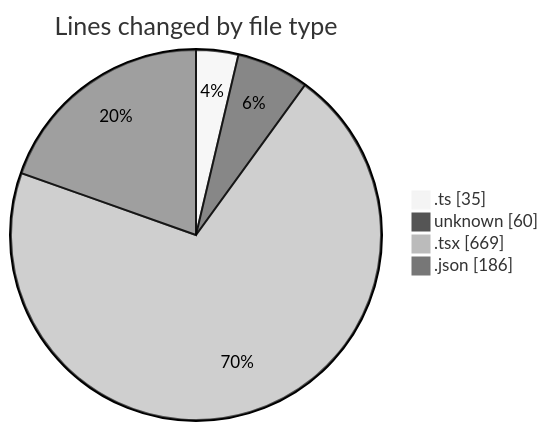
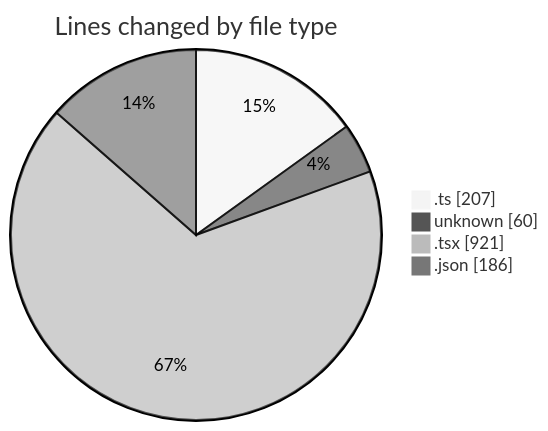
One commit to momahboobian/code-tracking changed the first of 2 diagrams in 2026-06-12/cda/README.md. Above: the diagram before and after it, drawn with Mermaid (neutral theme). The commit also changed other lines of this file and 1 other file, not shown here.

````diff
--- a/2026-06-12/cda/README.md
+++ b/2026-06-12/cda/README.md
@@ -26,8 +28,8 @@
 ```mermaid
 pie showData
 title Lines changed by file type
-".ts" : 35
+".ts" : 207
 "unknown" : 60
-".tsx" : 669
+".tsx" : 921
 ".json" : 186
 ```
````
